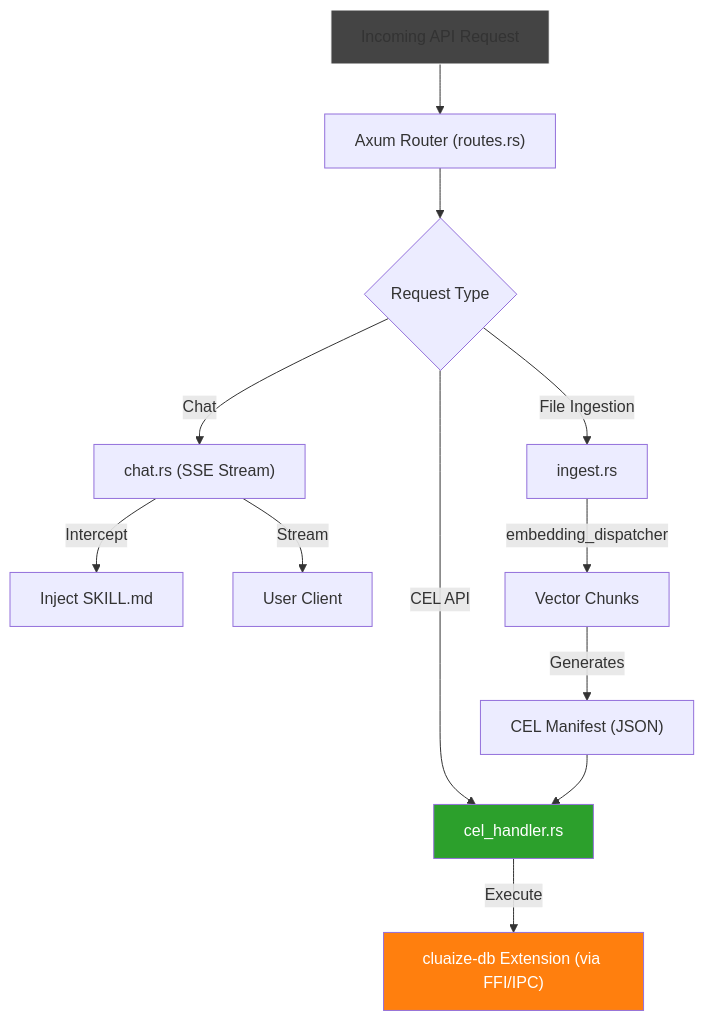
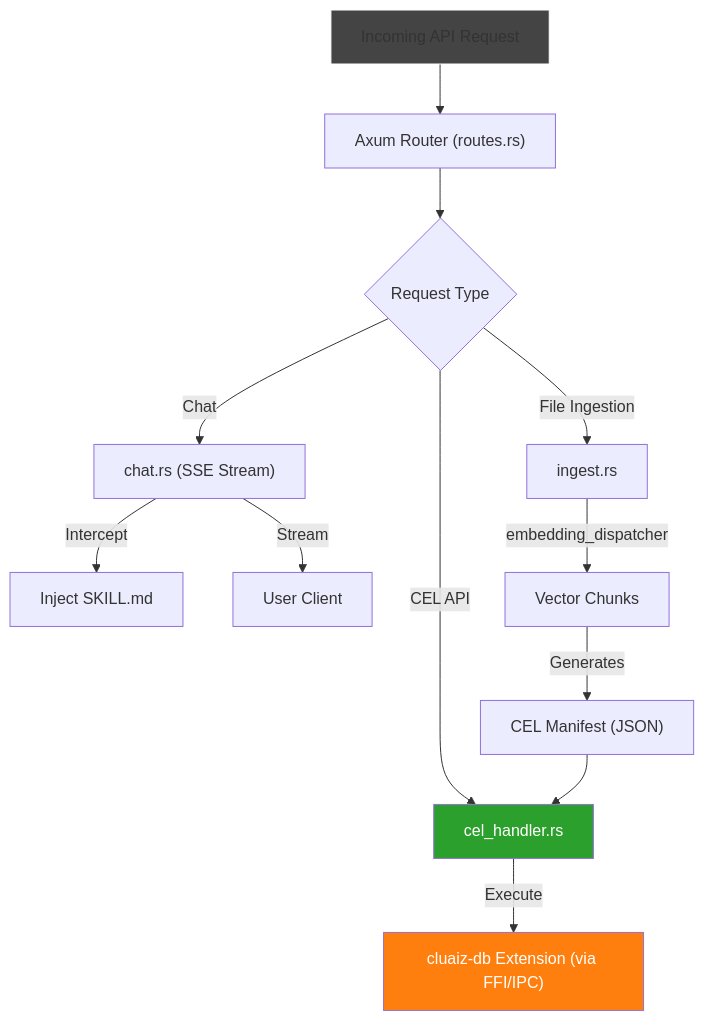
One commit to ayan-kushwaha/Cluaiz- changed the diagram in Inference-engine/api/README.md. Above: the diagram before and after it, drawn with Mermaid. The commit also changed other lines of this file and 441 other files, not shown here.

Commit message:
Refactor core orchestrator architecture and migrate FFI bindings to plugin system

````diff
--- a/Inference-engine/api/README.md
+++ b/Inference-engine/api/README.md
@@ -9,22 +9,22 @@
 ```mermaid
 graph TD
     A["Incoming API Request"] --> B["Axum Router (routes.rs)"]
     
     B --> C{"Request Type"}
     C -->|Chat| D["chat.rs (SSE Stream)"]
     C -->|CEL API| E["cel_handler.rs"]
     C -->|File Ingestion| F["ingest.rs"]
     
     D -->|Intercept <TRIGGER>| G["Inject SKILL.md"]
     D -->|Stream| H["User Client"]
     
     F -->|embedding_dispatcher| I["Vector Chunks"]
     I -->|Generates| J["CEL Manifest (JSON)"]
     J --> E
     
-    E -->|Execute| K["cluaize-db Extension (via FFI/IPC)"]
+    E -->|Execute| K["cluaiz-db Extension (via FFI/IPC)"]
     
     style A fill:#444,stroke:#fff
     style E fill:#2ca02c,color:#fff
     style K fill:#ff7f0e,color:#fff
 ```
````
